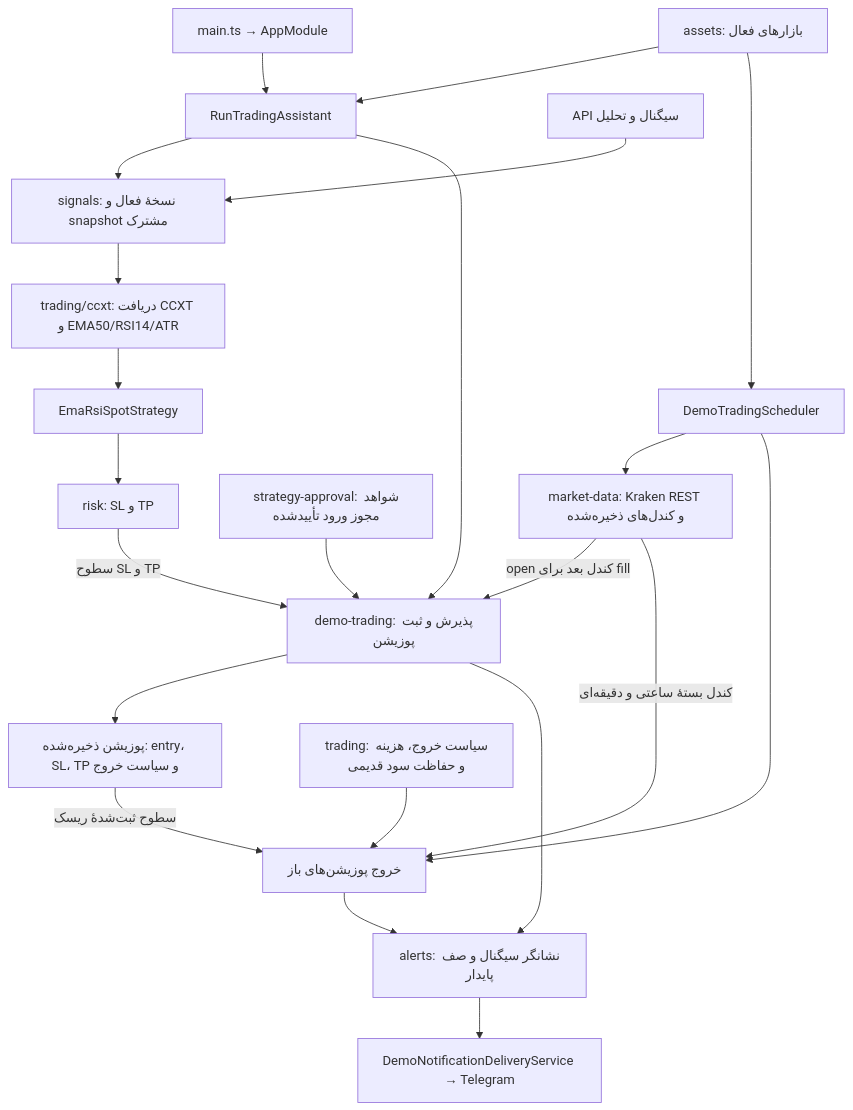
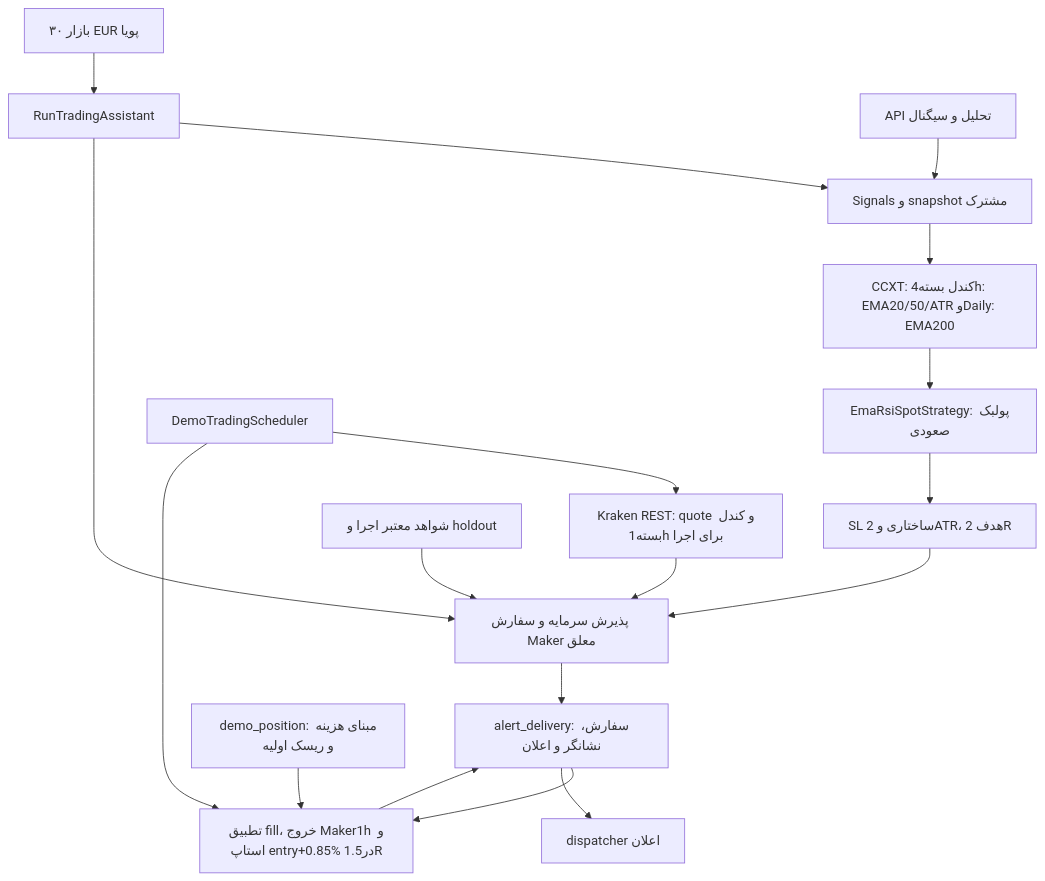
One commit to ATAGIT87/trading-assistant changed the diagram in docs/PRODUCTION_CYCLE.md. Above: the diagram before and after it, drawn with Mermaid. The commit also changed other lines of this file and 899 other files, not shown here.

````diff
--- a/docs/PRODUCTION_CYCLE.md
+++ b/docs/PRODUCTION_CYCLE.md
@@ -7,24 +6,20 @@
 ```mermaid
 flowchart TD
-  Root[main.ts → AppModule] --> Runner[RunTradingAssistant]
-  Assets[assets: بازارهای فعال] --> Runner
-  Runner --> Signals[signals: نسخهٔ فعال و snapshot مشترک]
-  API[API سیگنال و تحلیل] --> Signals
-  Signals --> Analysis[trading/ccxt: دریافت CCXT و EMA50/RSI14/ATR]
-  Analysis --> Decision[EmaRsiSpotStrategy]
-  Decision --> Risk[risk: SL و TP]
-  Runner --> Demo[demo-trading: پذیرش و ثبت پوزیشن]
-  Risk -->|سطوح SL و TP| Demo
-  Demo --> Position[پوزیشن ذخیره‌شده: entry، SL، TP و سیاست خروج]
-  Approval[strategy-approval: شواهد مجوز ورود تأییدشده] --> Demo
-  Data[market-data: Kraken REST و کندل‌های ذخیره‌شده] -->|open کندل بعد برای fill| Demo
-  Demo --> Ledger[alerts: نشانگر سیگنال و صف پایدار]
-  Ledger --> Delivery[DemoNotificationDeliveryService → Telegram]
+  Basket[۳۰ بازار EUR پویا] --> Runner[RunTradingAssistant]
+  Runner --> Signals[Signals و snapshot مشترک]
+  API[API تحلیل و سیگنال] --> Signals
+  Signals --> Analysis[CCXT: کندل بسته4h: EMA20/50/ATR وDaily: EMA200]
+  Analysis --> Strategy[EmaRsiSpotStrategy: پولبک صعودی]
+  Strategy --> Risk[SL ساختاری و 2ATR، هدف 2R]
+  Runner --> Demo[پذیرش سرمایه و سفارش Maker معلق]
+  Risk --> Demo
+  Data[Kraken REST: quote و کندل بسته1h برای اجرا] --> Demo
+  Demo --> Ledger[alert_delivery: سفارش، نشانگر و اعلان]
   Scheduler[DemoTradingScheduler] --> Data
-  Assets --> Scheduler
-  Scheduler --> Exit[خروج پوزیشن‌های باز]
-  Data -->|کندل بستهٔ ساعتی و دقیقه‌ای| Exit
-  Position -->|سطوح ثبت‌شدهٔ ریسک| Exit
-  Policies[trading: سیاست خروج، هزینه و حفاظت سود قدیمی] --> Exit
-  Exit --> Ledger
+  Scheduler --> Replay[تطبیق fill، خروج Maker1h و استاپ entry+0.85% در1.5R]
+  Ledger --> Replay
+  Position[demo_position: مبنای هزینه و ریسک اولیه] --> Replay
+  Replay --> Ledger
+  Approval[شواهد معتبر اجرا و holdout] --> Demo
+  Ledger --> Telegram[dispatcher اعلان]
 ```
````
